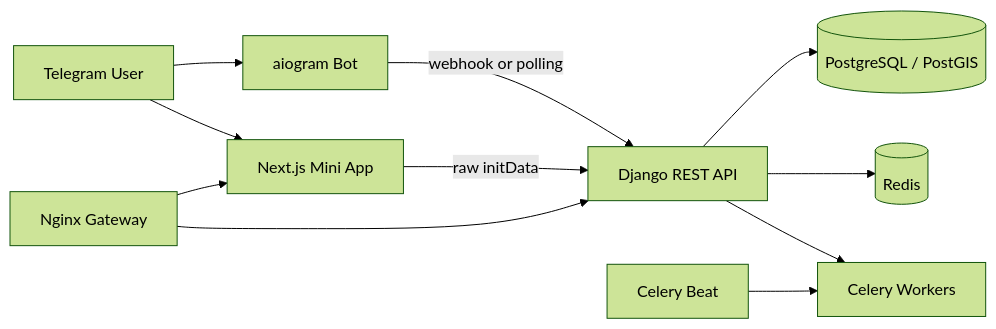
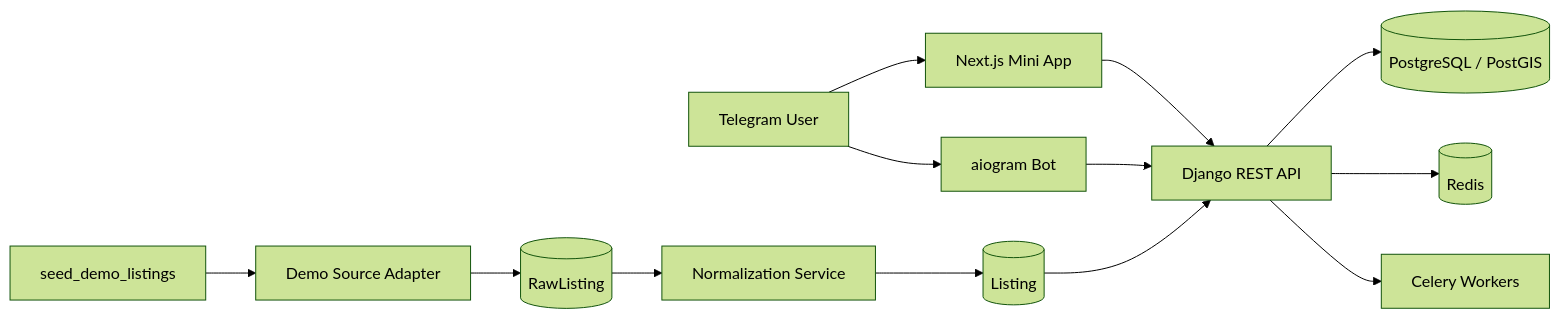
The diagram in README.md (Ke1fosao/FlatHunter-AI), drawn with Mermaid (forest theme) before and after one commit. The commit also changed other lines of this file, not shown here.

````diff
--- a/README.md
+++ b/README.md
@@ -28,13 +28,15 @@
 ```mermaid
 flowchart LR
     TG[Telegram User] --> BOT[aiogram Bot]
     TG --> MINI[Next.js Mini App]
-    MINI -->|raw initData| API[Django REST API]
-    BOT -->|webhook or polling| API
+    MINI --> API[Django REST API]
+    BOT --> API
+    CMD[seed_demo_listings] --> ADAPTER[Demo Source Adapter]
+    ADAPTER --> RAW[(RawListing)]
+    RAW --> NORMALIZE[Normalization Service]
+    NORMALIZE --> LISTING[(Listing)]
+    LISTING --> API
     API --> DB[(PostgreSQL / PostGIS)]
     API --> REDIS[(Redis)]
     API --> CELERY[Celery Workers]
-    BEAT[Celery Beat] --> CELERY
-    NGINX[Nginx Gateway] --> MINI
-    NGINX --> API
 ```
````
